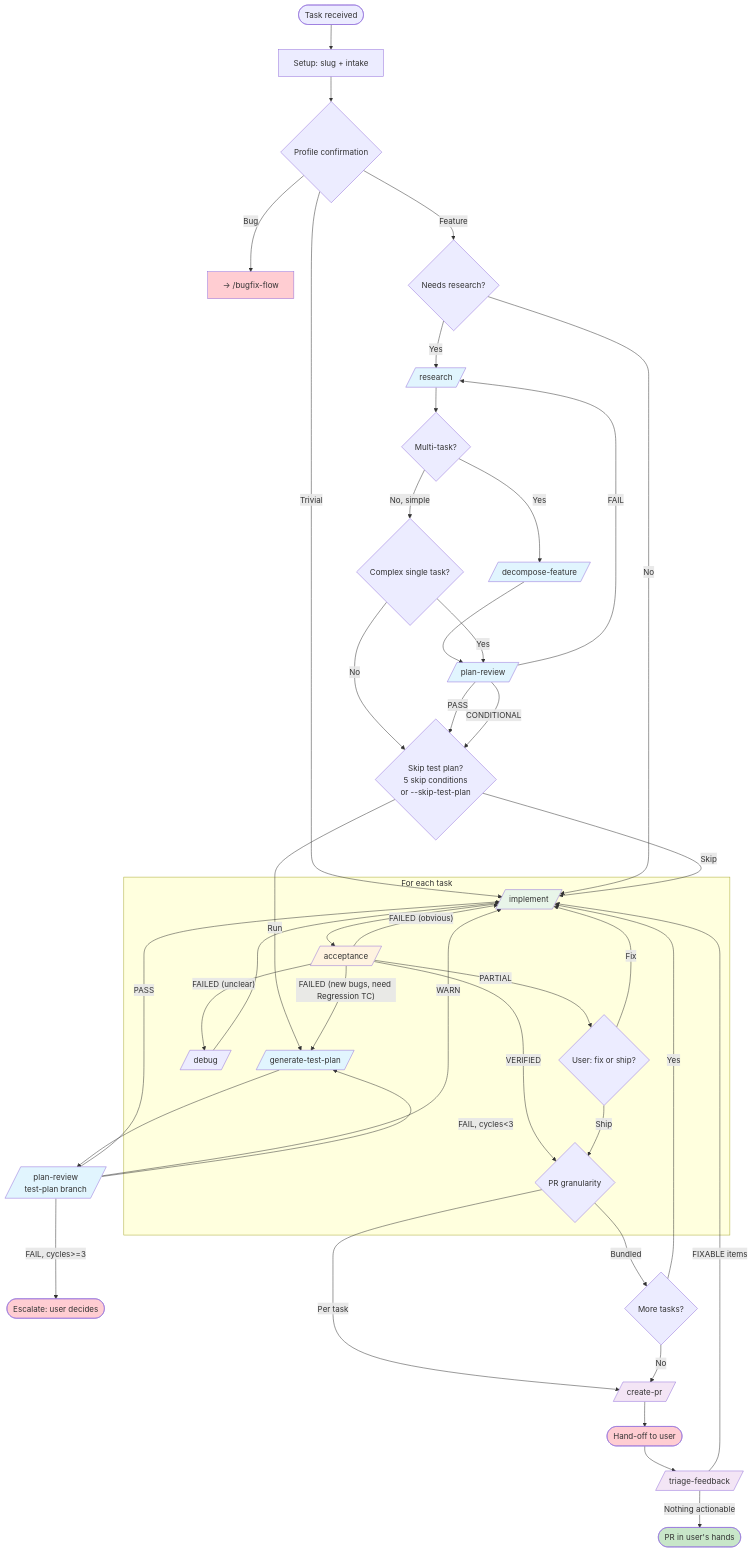
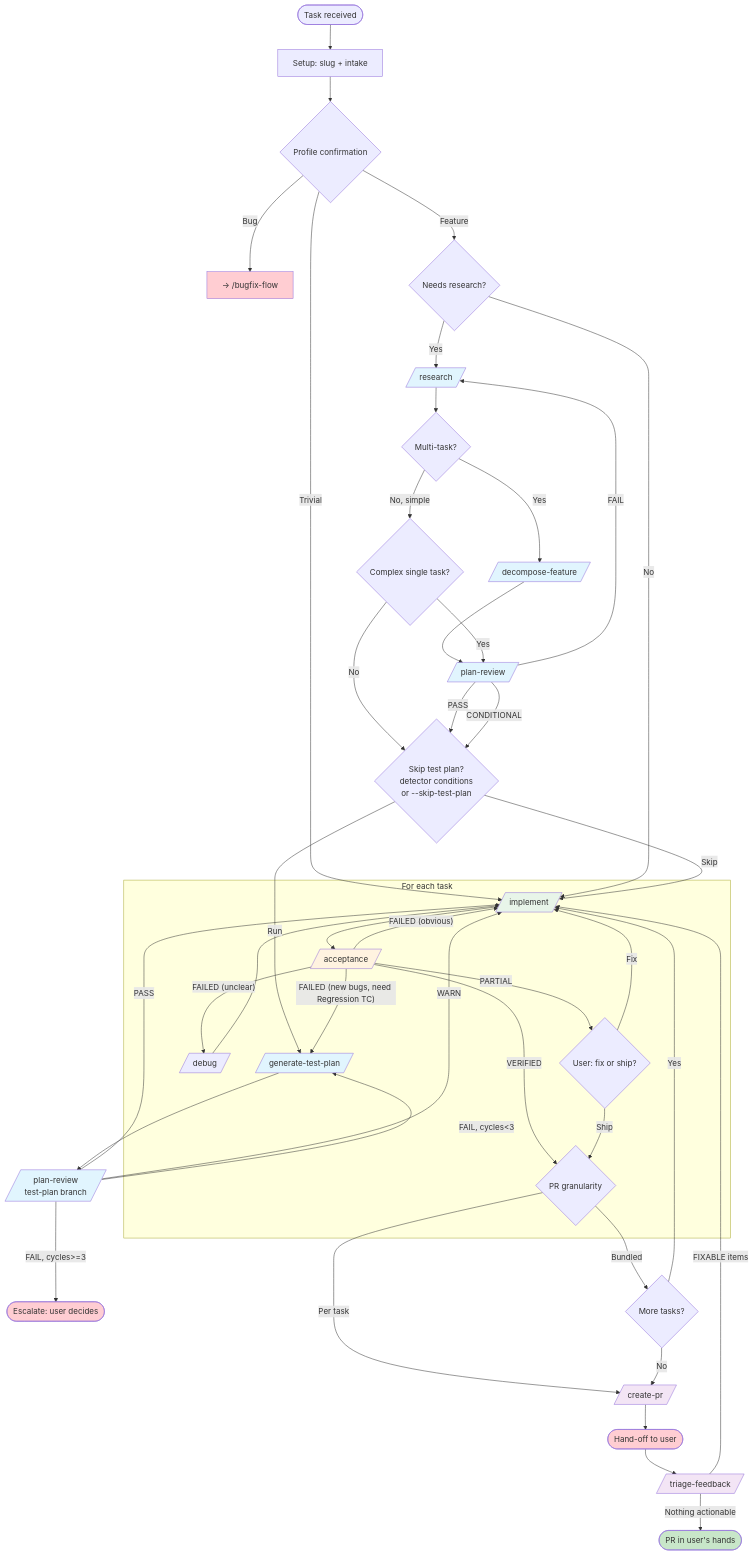
One commit to kirich1409/krozov-ai-tools changed the first of 2 diagrams in plugins/developer-workflow/docs/ORCHESTRATORS.md. Above: the diagram before and after it, drawn with Mermaid. The commit also changed 5 other files, not shown here.

````diff
--- a/plugins/developer-workflow/docs/ORCHESTRATORS.md
+++ b/plugins/developer-workflow/docs/ORCHESTRATORS.md
@@ -17,69 +17,69 @@
 ```mermaid
 flowchart TD
     start([Task received]) --> setup[Setup: slug + intake]
     setup --> confirm{Profile confirmation}
     confirm -->|Bug| redirect_bug[→ /bugfix-flow]
     confirm -->|Trivial| impl
     confirm -->|Feature| needs_research{Needs research?}
 
     needs_research -->|No| impl
     needs_research -->|Yes| research[/research/]
     research --> needs_decompose{Multi-task?}
 
     needs_decompose -->|No, simple| needs_plan{Complex single task?}
     needs_decompose -->|Yes| decompose[/decompose-feature/]
     decompose --> plan_review
 
     needs_plan -->|No| testplan_gate
     needs_plan -->|Yes| plan_review[/plan-review/]
 
     plan_review -->|PASS| testplan_gate
     plan_review -->|CONDITIONAL| testplan_gate
     plan_review -->|FAIL| research
 
-    testplan_gate{Skip test plan?<br/>5 skip conditions<br/>or --skip-test-plan}
+    testplan_gate{Skip test plan?<br/>detector conditions<br/>or --skip-test-plan}
     testplan_gate -->|Skip| impl
     testplan_gate -->|Run| test_plan[/generate-test-plan/]
 
     test_plan --> test_plan_review[/plan-review<br/>test-plan branch/]
     test_plan_review -->|PASS| impl
     test_plan_review -->|WARN| impl
     test_plan_review -->|FAIL, cycles<3| test_plan
     test_plan_review -->|FAIL, cycles>=3| escalate_tp([Escalate: user decides])
 
     subgraph loop ["For each task"]
         impl[/implement/] --> acceptance[/acceptance/]
         acceptance -->|VERIFIED| pr_decision
         acceptance -->|"FAILED (obvious)"| impl
         acceptance -->|"FAILED (unclear)"| debug_mid[/debug/]
         debug_mid --> impl
         acceptance -->|"FAILED (new bugs, need Regression TC)"| test_plan
         acceptance -->|PARTIAL| user_decision{User: fix or ship?}
         user_decision -->|Fix| impl
         user_decision -->|Ship| pr_decision
     end
 
     pr_decision{PR granularity} -->|Per task| create_pr
     pr_decision -->|Bundled| next_task{More tasks?}
     next_task -->|Yes| impl
     next_task -->|No| create_pr
 
     create_pr[/create-pr/] --> handoff([Hand-off to user])
     handoff --> triage[/triage-feedback/]
     triage -->|FIXABLE items| impl
     triage -->|Nothing actionable| done([PR in user's hands])
 
     style research fill:#e1f5fe
     style decompose fill:#e1f5fe
     style plan_review fill:#e1f5fe
     style test_plan fill:#e1f5fe
     style test_plan_review fill:#e1f5fe
     style impl fill:#e8f5e9
     style acceptance fill:#fff3e0
     style create_pr fill:#f3e5f5
     style triage fill:#f3e5f5
     style handoff fill:#ffcdd2
     style done fill:#c8e6c9
     style redirect_bug fill:#ffcdd2
     style escalate_tp fill:#ffcdd2
 ```
````
